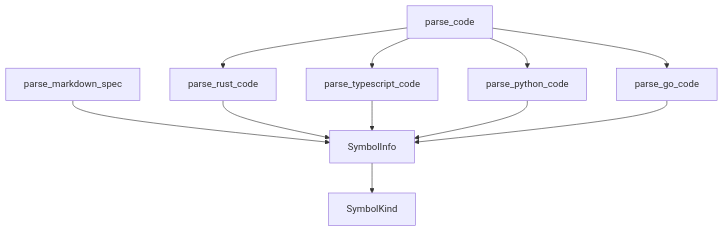
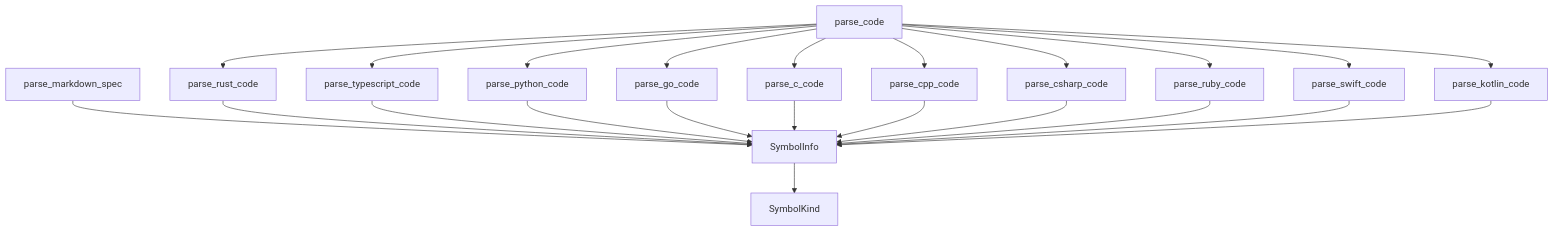
Before and after one commit to DovahkiinYuzuko/DocsAuditor: the diagram in docs/variables'n'functions/[Rust]parser.md, drawn with Mermaid. The commit also changed other lines of this file and 19 other files, not shown here.

Commit message:
[feat] C/C++, C#, Ruby, Swift, Kotlin の AST 解析監査機能を追加

````diff
--- a/docs/variables'n'functions/[Rust]parser.md
+++ b/docs/variables'n'functions/[Rust]parser.md
@@ -81,13 +129,25 @@
 ```mermaid
 graph TD
     parse_markdown_spec --> SymbolInfo
     parse_code --> parse_rust_code
     parse_code --> parse_typescript_code
     parse_code --> parse_python_code
     parse_code --> parse_go_code
+    parse_code --> parse_c_code
+    parse_code --> parse_cpp_code
+    parse_code --> parse_csharp_code
+    parse_code --> parse_ruby_code
+    parse_code --> parse_swift_code
+    parse_code --> parse_kotlin_code
     parse_rust_code --> SymbolInfo
     parse_typescript_code --> SymbolInfo
     parse_python_code --> SymbolInfo
     parse_go_code --> SymbolInfo
+    parse_c_code --> SymbolInfo
+    parse_cpp_code --> SymbolInfo
+    parse_csharp_code --> SymbolInfo
+    parse_ruby_code --> SymbolInfo
+    parse_swift_code --> SymbolInfo
+    parse_kotlin_code --> SymbolInfo
     SymbolInfo --> SymbolKind
 ```
````
